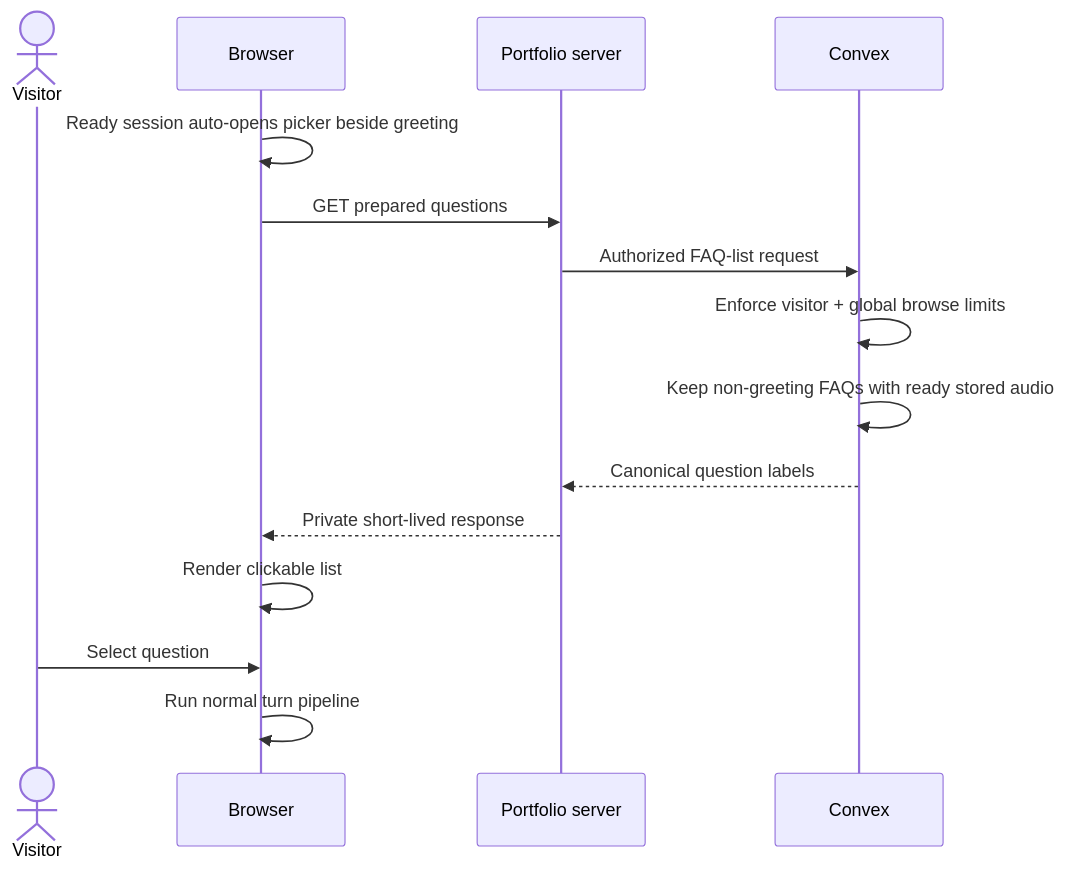
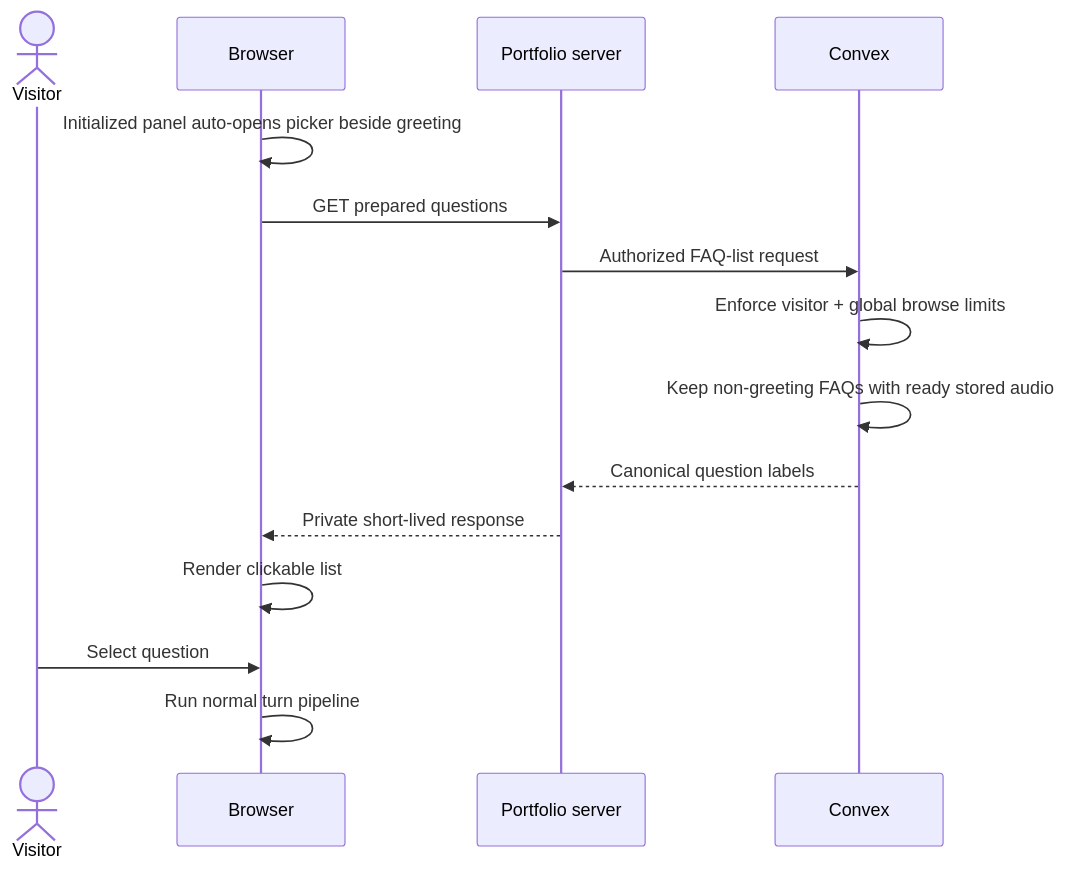
One commit to kyc-software/portfolio changed the fourth of 4 diagrams in docs/voice-cache-architecture.md. Above: the diagram before and after it, drawn with Mermaid. The commit also changed other lines of this file and 11 other files, not shown here.

````diff
--- a/docs/voice-cache-architecture.md
+++ b/docs/voice-cache-architecture.md
@@ -121,18 +132,18 @@
 ```mermaid
 sequenceDiagram
   actor Visitor
   participant Browser
   participant Portfolio as Portfolio server
   participant Convex
 
-  Browser->>Browser: Ready session auto-opens picker beside greeting
+  Browser->>Browser: Initialized panel auto-opens picker beside greeting
   Browser->>Portfolio: GET prepared questions
   Portfolio->>Convex: Authorized FAQ-list request
   Convex->>Convex: Enforce visitor + global browse limits
   Convex->>Convex: Keep non-greeting FAQs with ready stored audio
   Convex-->>Portfolio: Canonical question labels
   Portfolio-->>Browser: Private short-lived response
   Browser->>Browser: Render clickable list
   Visitor->>Browser: Select question
   Browser->>Browser: Run normal turn pipeline
 ```
````
